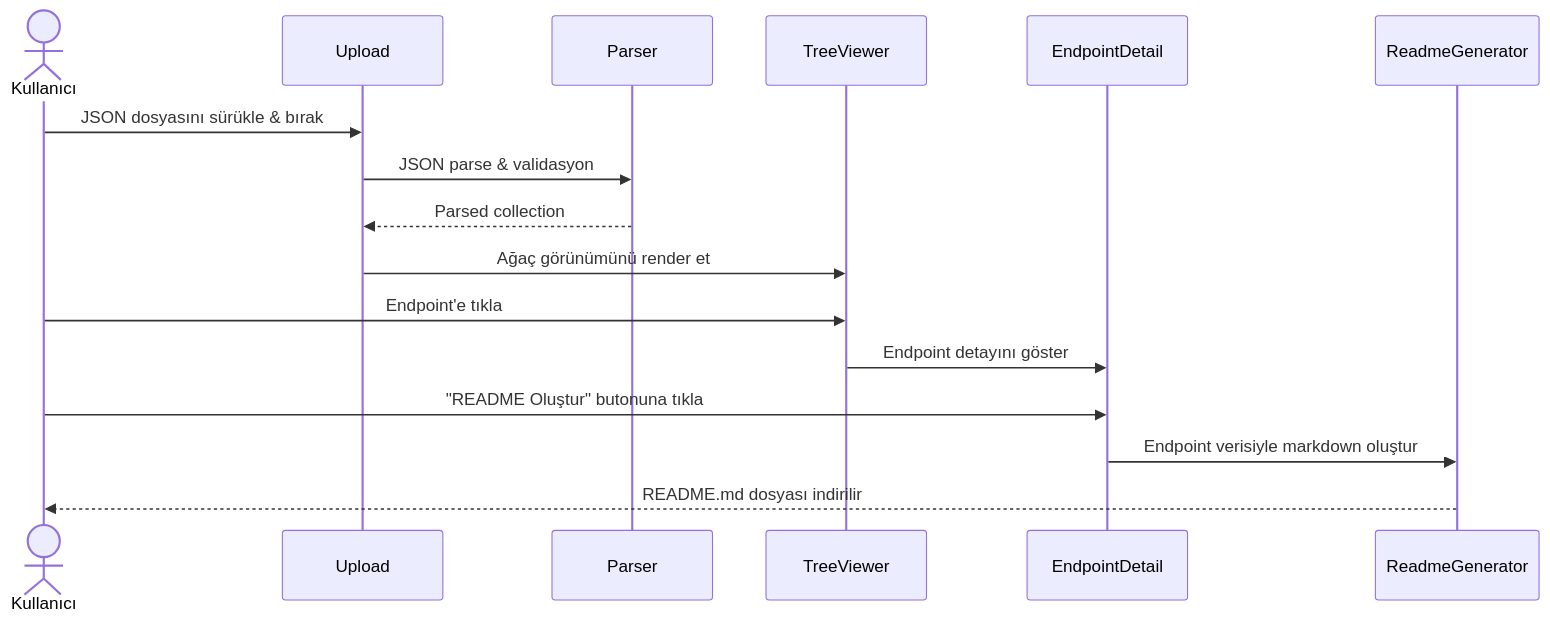
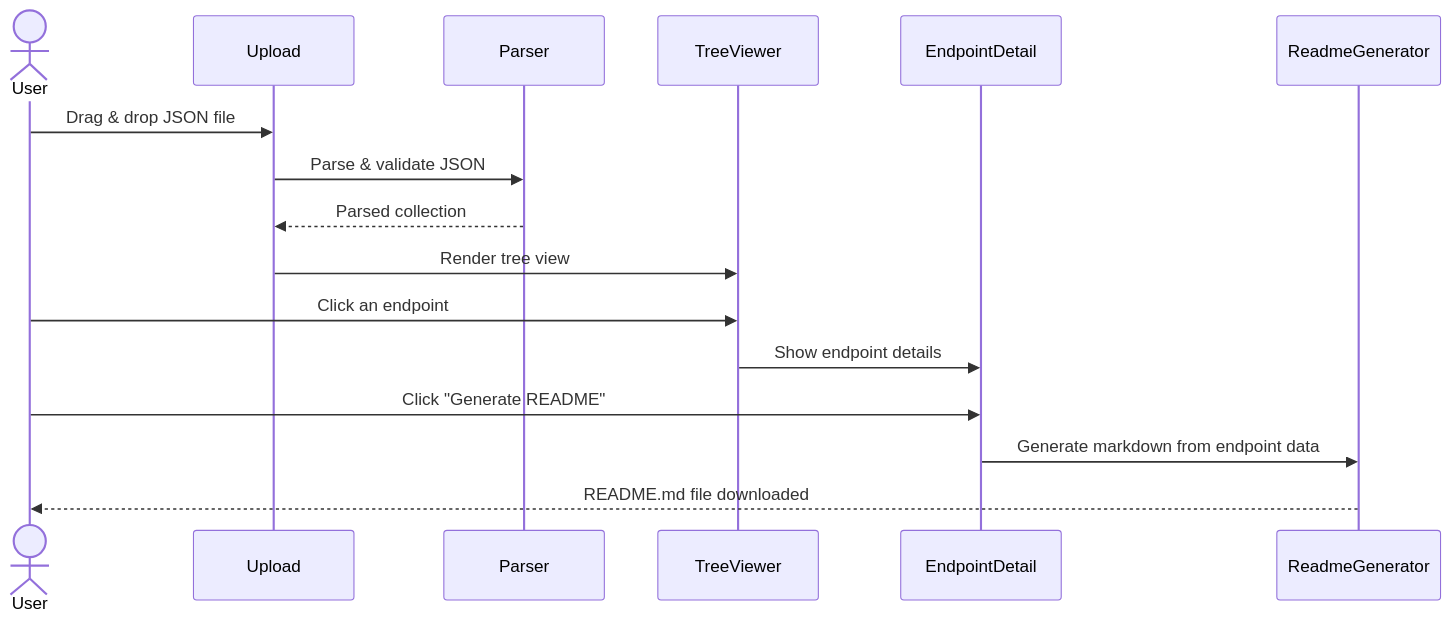
Before and after one commit to muratdemirci/docwiz: the third of 4 diagrams in README.md, drawn with Mermaid. The commit also changed other lines of this file, not shown here.

````diff
--- a/README.md
+++ b/README.md
@@ -153,19 +153,19 @@
 ```mermaid
 sequenceDiagram
-    actor K as Kullanıcı
-    participant U as Upload
+    actor U as User
+    participant Up as Upload
     participant P as Parser
     participant T as TreeViewer
     participant E as EndpointDetail
     participant R as ReadmeGenerator
 
-    K->>U: JSON dosyasını sürükle & bırak
-    U->>P: JSON parse & validasyon
-    P-->>U: Parsed collection
-    U->>T: Ağaç görünümünü render et
-    K->>T: Endpoint'e tıkla
-    T->>E: Endpoint detayını göster
-    K->>E: "README Oluştur" butonuna tıkla
-    E->>R: Endpoint verisiyle markdown oluştur
-    R-->>K: README.md dosyası indirilir
+    U->>Up: Drag & drop JSON file
+    Up->>P: Parse & validate JSON
+    P-->>Up: Parsed collection
+    Up->>T: Render tree view
+    U->>T: Click an endpoint
+    T->>E: Show endpoint details
+    U->>E: Click "Generate README"
+    E->>R: Generate markdown from endpoint data
+    R-->>U: README.md file downloaded
 ```
````
